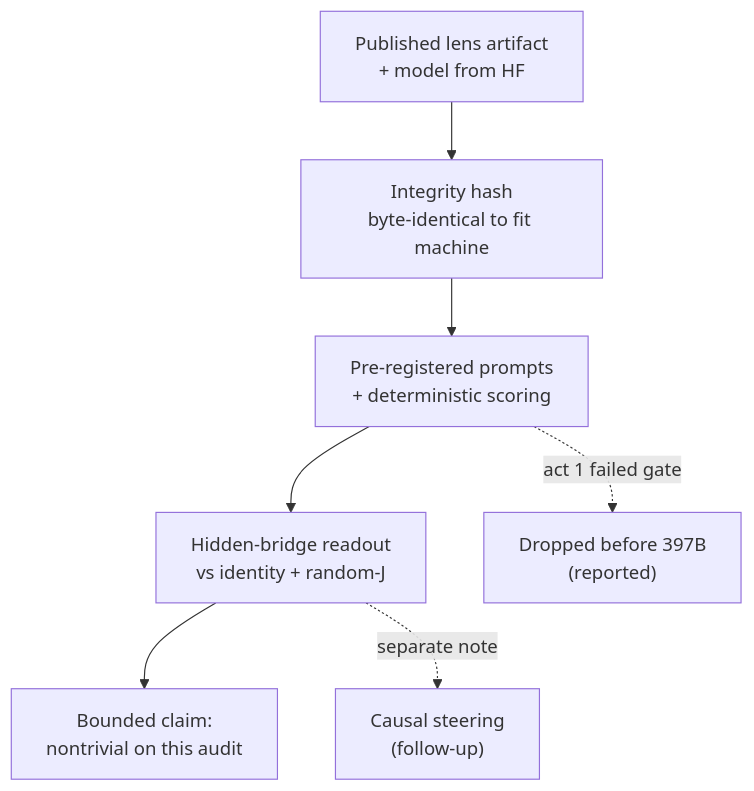
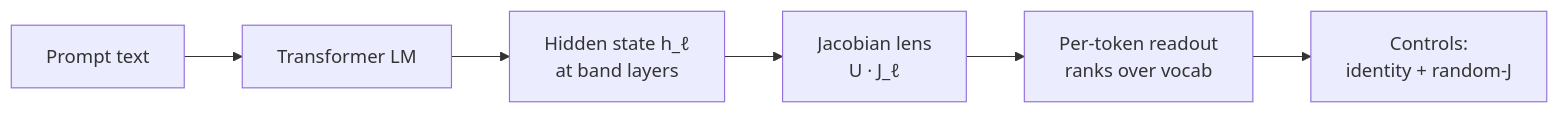
One commit to praxagent/jacobian-lens-research-202607a changed the first of 3 diagrams in blog/lens-demo/index.md. Above: the diagram before and after it, drawn with Mermaid. The commit also changed other lines of this file, not shown here.

```diff
--- a/blog/lens-demo/index.md
+++ b/blog/lens-demo/index.md
@@ -49,9 +76,8 @@
 {{< mermaid >}}
-flowchart TD
-  A["Published lens artifact<br/>+ model from HF"] --> B["Integrity hash<br/>byte-identical to fit machine"]
-  B --> C["Pre-registered prompts<br/>+ deterministic scoring"]
-  C --> D["Hidden-bridge readout<br/>vs identity + random-J"]
-  D --> F["Bounded claim:<br/>nontrivial on this audit"]
-  C -.->|"act 1 failed gate"| X["Dropped before 397B<br/>(reported)"]
-  D -.->|"separate note"| E["Causal steering<br/>(follow-up)"]
+flowchart LR
+  A["Prompt text"] --> B["Transformer LM"]
+  B --> C["Hidden state h_ℓ<br/>at band layers"]
+  C --> D["Jacobian lens<br/>U · J_ℓ"]
+  D --> E["Per-token readout<br/>ranks over vocab"]
+  E --> G["Controls:<br/>identity + random-J"]
 {{< /mermaid >}}
```
